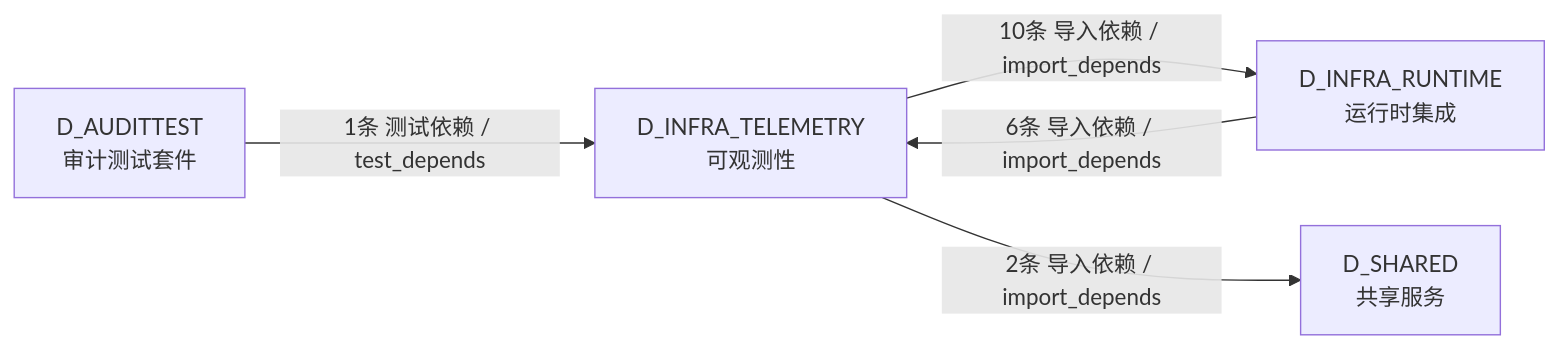
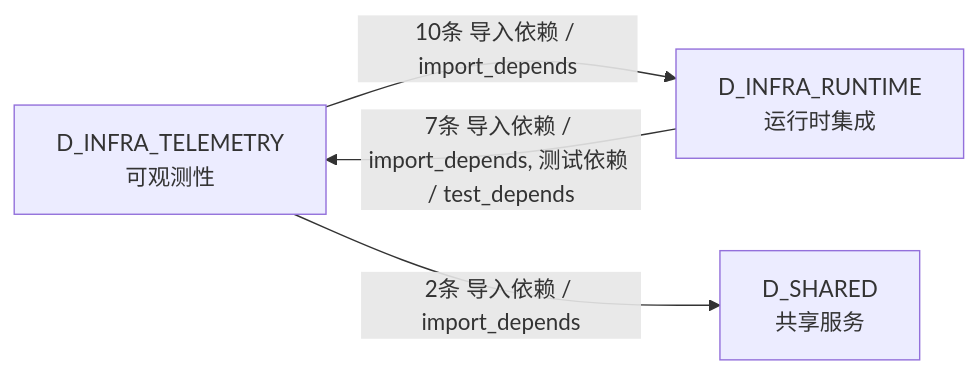
Before and after one commit to xuanFelixVan/ZephyrAlpha: the fourth of 4 diagrams in docs/02_enterprise_architecture/02_domain_architecture_docs/05_d_infra_telemetry.md, drawn with Mermaid. The commit also changed other lines of this file and 112 other files, not shown here.

````diff
--- a/docs/02_enterprise_architecture/02_domain_architecture_docs/05_d_infra_telemetry.md
+++ b/docs/02_enterprise_architecture/02_domain_architecture_docs/05_d_infra_telemetry.md
@@ -242,11 +238,9 @@
 ```mermaid
 graph LR
     D_INFRA_TELEMETRY["D_INFRA_TELEMETRY<br/>可观测性"]
     D_INFRA_RUNTIME["D_INFRA_RUNTIME<br/>运行时集成"]
     D_SHARED["D_SHARED<br/>共享服务"]
-    D_AUDITTEST["D_AUDITTEST<br/>审计测试套件"]
     D_INFRA_TELEMETRY -->|10条 导入依赖 / import_depends| D_INFRA_RUNTIME
     D_INFRA_TELEMETRY -->|2条 导入依赖 / import_depends| D_SHARED
-    D_INFRA_RUNTIME -->|6条 导入依赖 / import_depends| D_INFRA_TELEMETRY
-    D_AUDITTEST -->|1条 测试依赖 / test_depends| D_INFRA_TELEMETRY
+    D_INFRA_RUNTIME -->|7条 导入依赖 / import_depends, 测试依赖 / test_depends| D_INFRA_TELEMETRY
 ```
````
